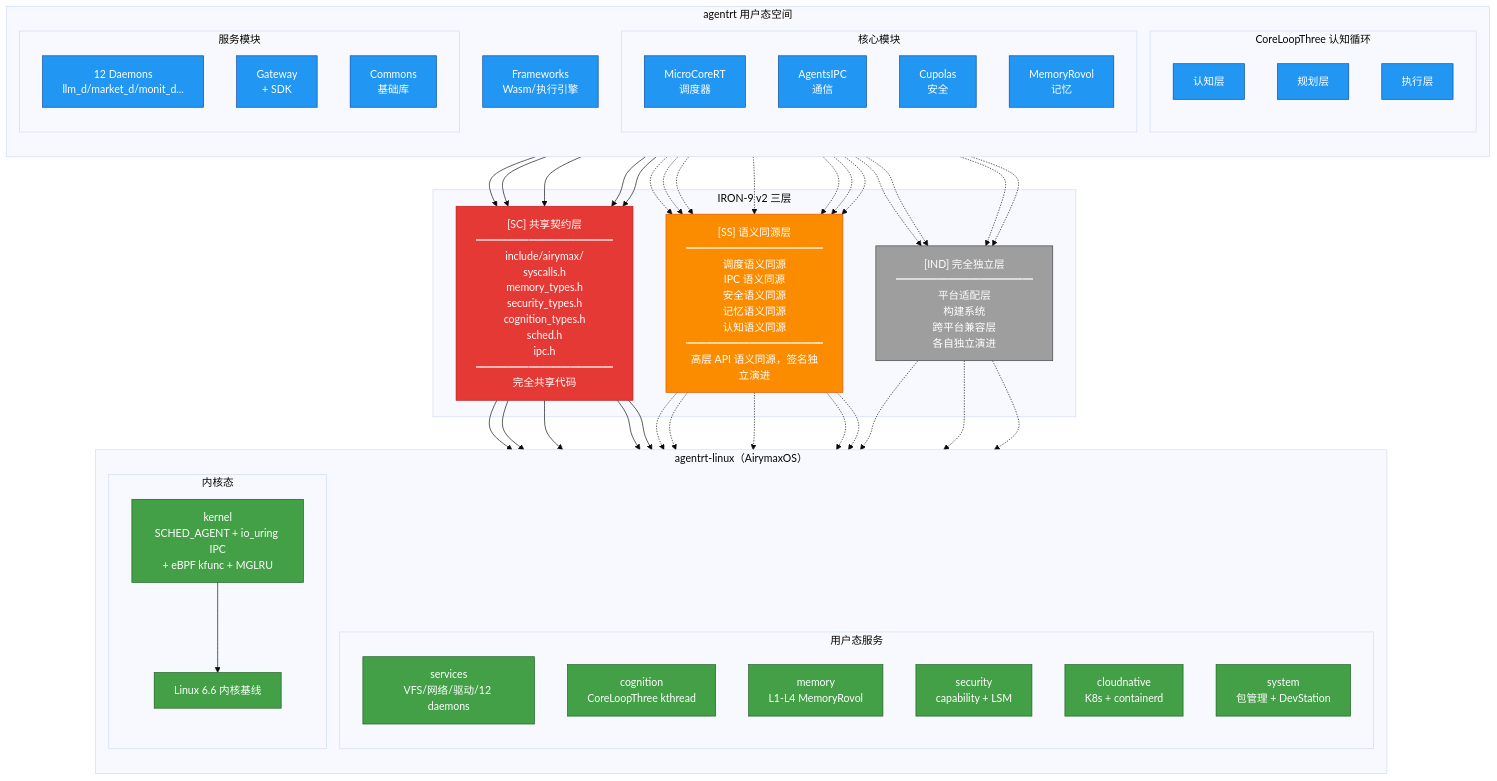
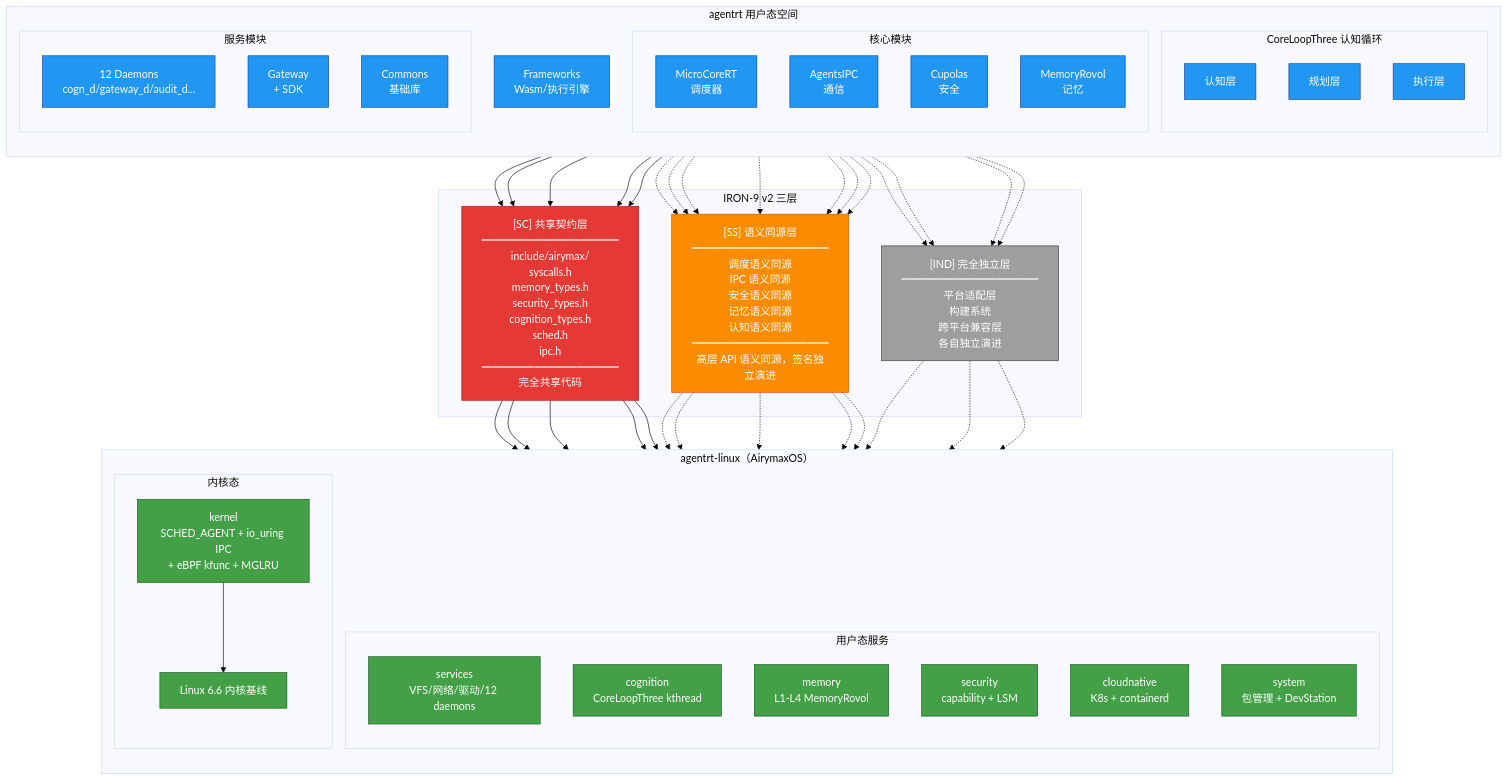
The first of 4 diagrams in AirymaxOS/50-engineering-standards/40-integration/integration.md (openairymax/docs), drawn with Mermaid (base theme) before and after one commit. The commit also changed other lines of this file and 115 other files, not shown here.

```diff
--- a/AirymaxOS/50-engineering-standards/40-integration/integration.md
+++ b/AirymaxOS/50-engineering-standards/40-integration/integration.md
@@ -45,7 +45,7 @@
             MEM[MemoryRovol<br/>记忆]
         end
         subgraph "服务模块"
-            D12[12 Daemons<br/>llm_d/market_d/monit_d...]
+            D12[12 Daemons<br/>cogn_d/gateway_d/audit_d...]
             GW[Gateway<br/>+ SDK]
             CM[Commons<br/>基础库]
         end
```
